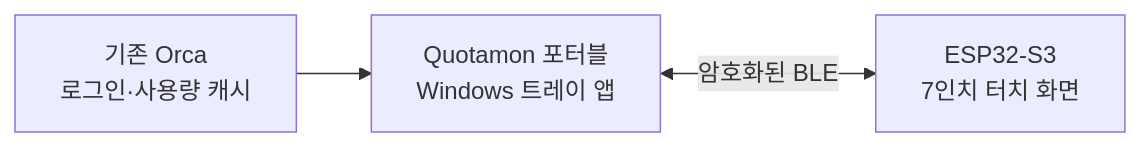
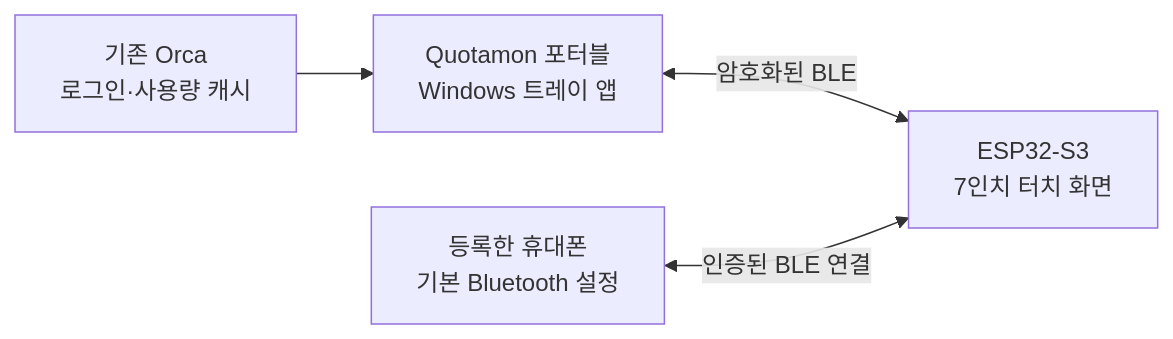
The diagram in README.md (guyster323/ESP32_7inch_Quotamon), drawn with Mermaid before and after one commit. The commit also changed other lines of this file and 117 other files, not shown here.

````diff
--- a/README.md
+++ b/README.md
@@ -77,5 +77,6 @@
 ```mermaid
 flowchart LR
     A[기존 Orca<br/>로그인·사용량 캐시] --> B[Quotamon 포터블<br/>Windows 트레이 앱]
     B <-->|암호화된 BLE| C[ESP32-S3<br/>7인치 터치 화면]
+    D[등록한 휴대폰<br/>기본 Bluetooth 설정] <-->|인증된 BLE 연결| C
 ```
````
